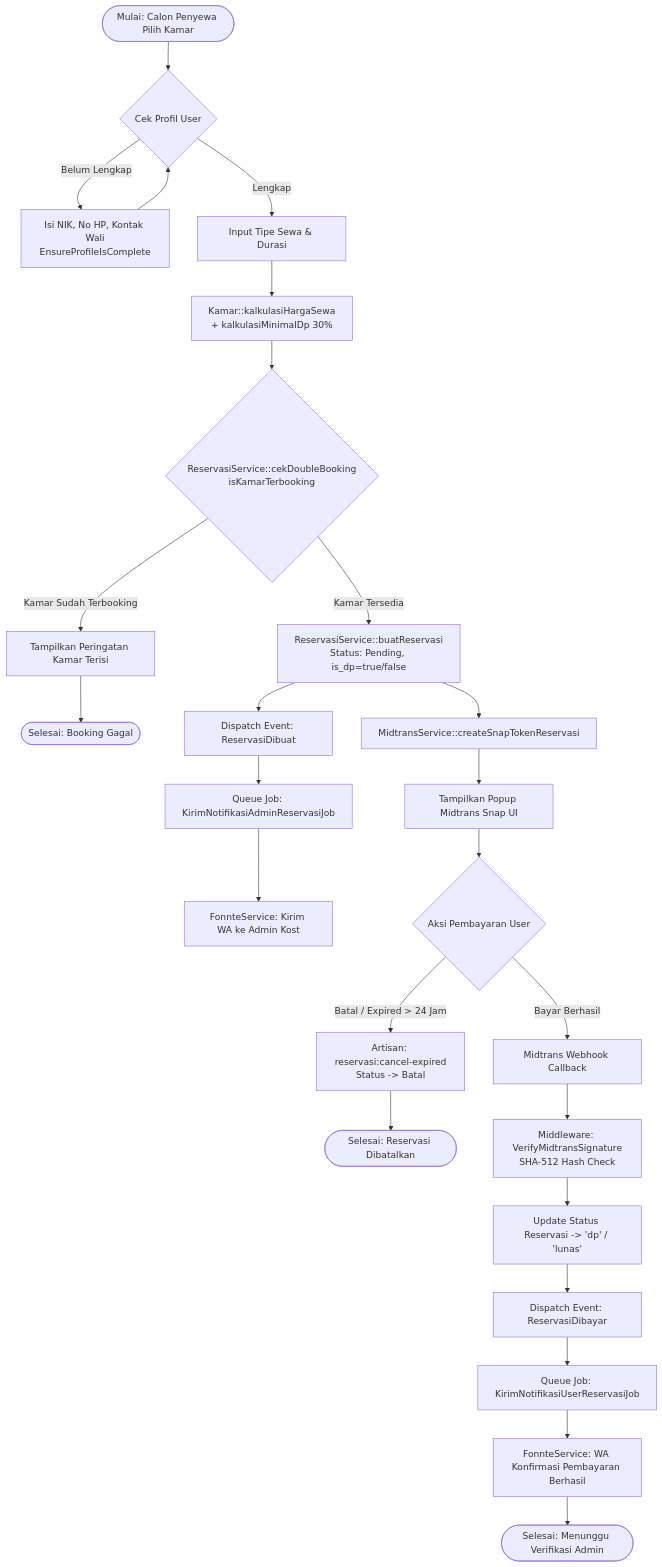
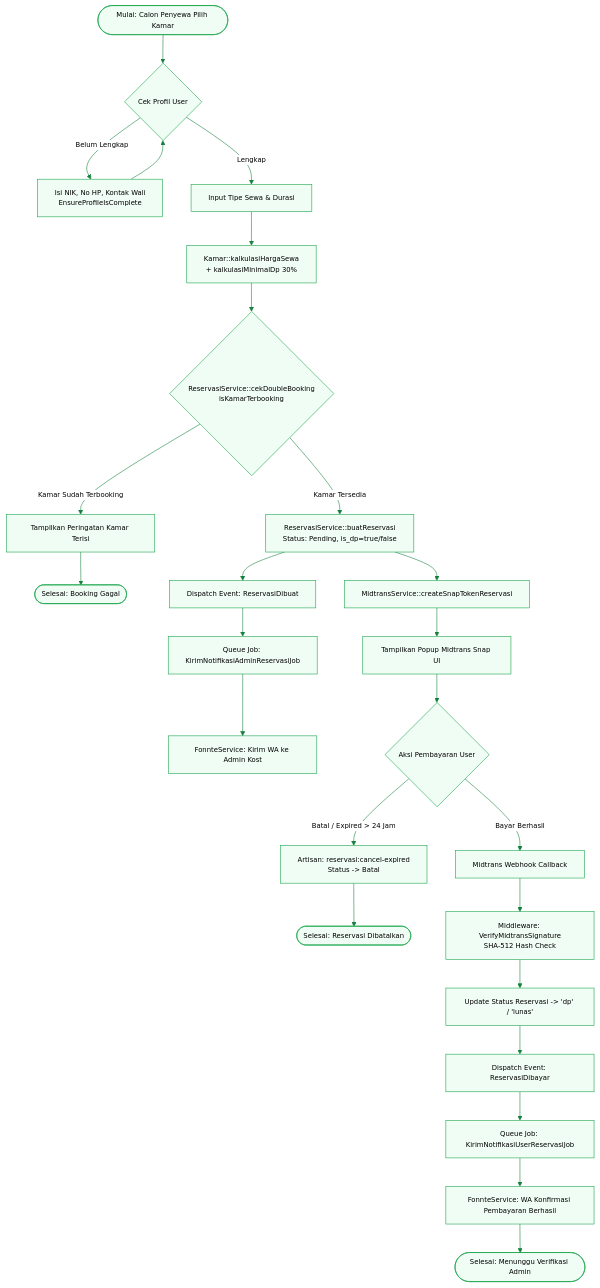
One commit to rafifarsyapradiva/asri-boarding-house changed the seventh of 13 diagrams in Blueprint/Class_Diagram_Kost.md. Above: the diagram before and after it, drawn with Mermaid. The commit also changed other lines of this file and 28 other files, not shown here.

Commit message:
docs(class-diagram): finalisasi arsitektur objek, integrasi 21 model, eliminasi ghost classes & kompilasi 19 citra visual (v240.0)

````diff
--- a/Blueprint/Class_Diagram_Kost.md
+++ b/Blueprint/Class_Diagram_Kost.md
@@ -889,33 +1301,47 @@
 ```mermaid
+%%{init: {
+  'theme': 'base',
+  'themeVariables': {
+    'primaryColor': '#F0FDF4',
+    'primaryTextColor': '#000000',
+    'primaryBorderColor': '#16A34A',
+    'lineColor': '#15803D',
+    'secondaryColor': '#DCFCE7',
+    'tertiaryColor': '#FFFFFF',
+    'edgeLabelBackground': '#FFFFFF',
+    'fontSize': '12px',
+    'fontFamily': 'Inter, system-ui, sans-serif'
+  }
+}}%%
 flowchart TD
     Start([Mulai: Calon Penyewa Pilih Kamar]) --> ValidateUser{Cek Profil User}
     ValidateUser -->|Belum Lengkap| FillProfile[Isi NIK, No HP, Kontak Wali<br>EnsureProfileIsComplete]
     FillProfile --> ValidateUser
     ValidateUser -->|Lengkap| InputBooking[Input Tipe Sewa & Durasi]
     
     InputBooking --> CalcPrice[Kamar::kalkulasiHargaSewa<br>+ kalkulasiMinimalDp 30%]
     CalcPrice --> CheckDoubleBooking{ReservasiService::cekDoubleBooking<br>isKamarTerbooking}
     
     CheckDoubleBooking -->|Kamar Sudah Terbooking| RejectBooking[Tampilkan Peringatan Kamar Terisi]
     RejectBooking --> EndFail([Selesai: Booking Gagal])
     
     CheckDoubleBooking -->|Kamar Tersedia| CreateReservation[ReservasiService::buatReservasi<br>Status: Pending, is_dp=true/false]
     CreateReservation --> DispatchEvent[Dispatch Event: ReservasiDibuat]
     DispatchEvent --> TriggerJob[Queue Job: KirimNotifikasiAdminReservasiJob]
     TriggerJob --> SendAdminWA[FonnteService: Kirim WA ke Admin Kost]
     
     CreateReservation --> CallMidtrans[MidtransService::createSnapTokenReservasi]
     CallMidtrans --> RenderSnap[Tampilkan Popup Midtrans Snap UI]
     
     RenderSnap --> PaymentAction{Aksi Pembayaran User}
     PaymentAction -->|Batal / Expired > 24 Jam| CronCancel[Artisan: reservasi:cancel-expired<br>Status -> Batal]
     CronCancel --> EndCancel([Selesai: Reservasi Dibatalkan])
     
     PaymentAction -->|Bayar Berhasil| MidtransWebhook[Midtrans Webhook Callback]
     MidtransWebhook --> VerifySig[Middleware: VerifyMidtransSignature<br>SHA-512 Hash Check]
     VerifySig --> UpdateResStatus[Update Status Reservasi -> 'dp' / 'lunas']
     UpdateResStatus --> DispatchPaidEvent[Dispatch Event: ReservasiDibayar]
     DispatchPaidEvent --> NotifyUserJob[Queue Job: KirimNotifikasiUserReservasiJob]
     NotifyUserJob --> SendUserWA[FonnteService: WA Konfirmasi Pembayaran Berhasil]
     SendUserWA --> EndSuccess([Selesai: Menunggu Verifikasi Admin])
 ```
````
